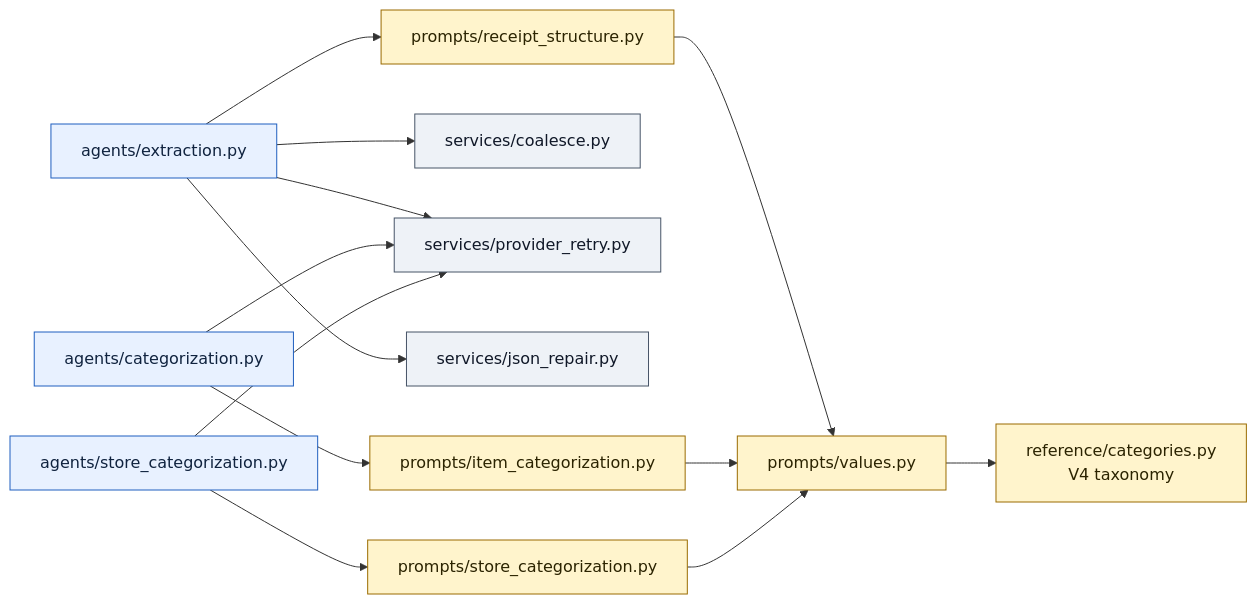
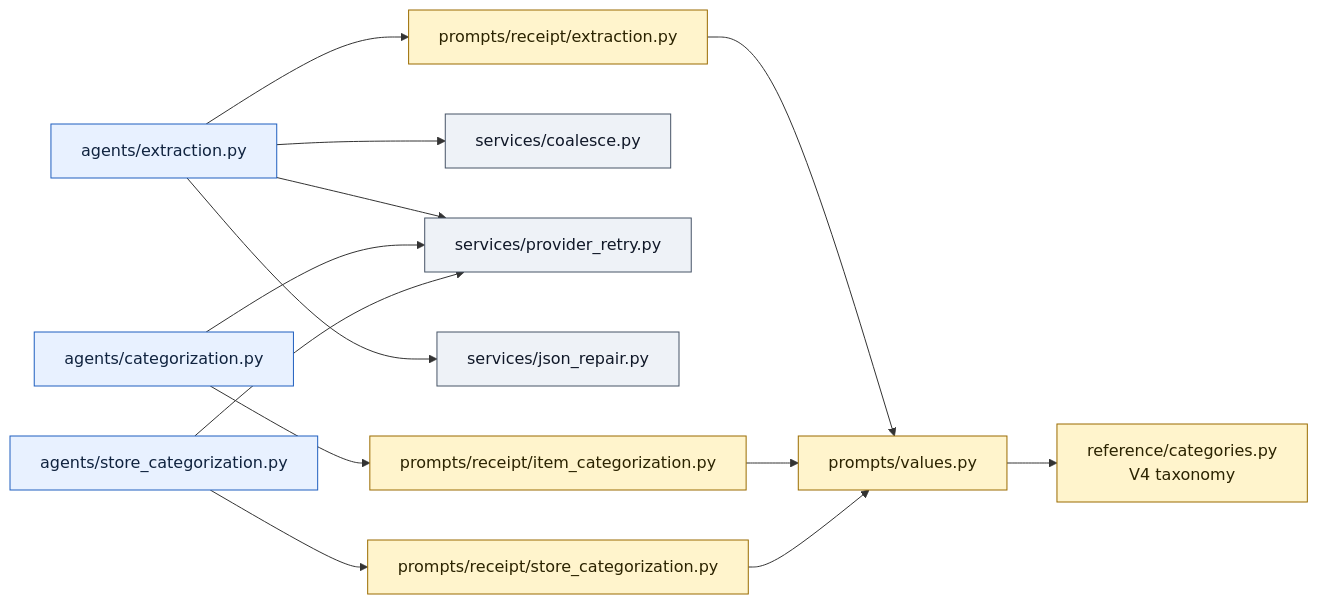
The second of 2 diagrams in docs/wells/4-scan-pipeline.md (Brownbull/gastify), drawn with Mermaid before and after one commit. The commit also changed other lines of this file and 105 other files, not shown here.

````diff
--- a/docs/wells/4-scan-pipeline.md
+++ b/docs/wells/4-scan-pipeline.md
@@ -151,25 +158,25 @@
 ```mermaid
 flowchart LR
-  ext["agents/extraction.py"] --> prompts_r["prompts/receipt_structure.py"]
+  ext["agents/extraction.py"] --> prompts_r["prompts/receipt/extraction.py"]
   ext --> coalesce["services/coalesce.py"]
   ext --> retry["services/provider_retry.py"]
   ext --> repair["services/json_repair.py"]
 
-  cat["agents/categorization.py"] --> prompts_i["prompts/item_categorization.py"]
+  cat["agents/categorization.py"] --> prompts_i["prompts/receipt/item_categorization.py"]
   cat --> retry
 
-  scat["agents/store_categorization.py"] --> prompts_s["prompts/store_categorization.py"]
+  scat["agents/store_categorization.py"] --> prompts_s["prompts/receipt/store_categorization.py"]
   scat --> retry
 
   prompts_r --> vals["prompts/values.py"]
   prompts_i --> vals
   prompts_s --> vals
   vals --> ref["reference/categories.py<br/>V4 taxonomy"]
 
   classDef agent fill:#e8f1ff,stroke:#1f5fbf,color:#10233f;
   classDef prompt fill:#fff4cc,stroke:#9a6b00,color:#2b2300;
   classDef svc fill:#eef2f7,stroke:#475467,color:#101828;
   class ext,cat,scat agent;
   class prompts_r,prompts_i,prompts_s,vals,ref prompt;
   class coalesce,retry,repair svc;
 ```
````
